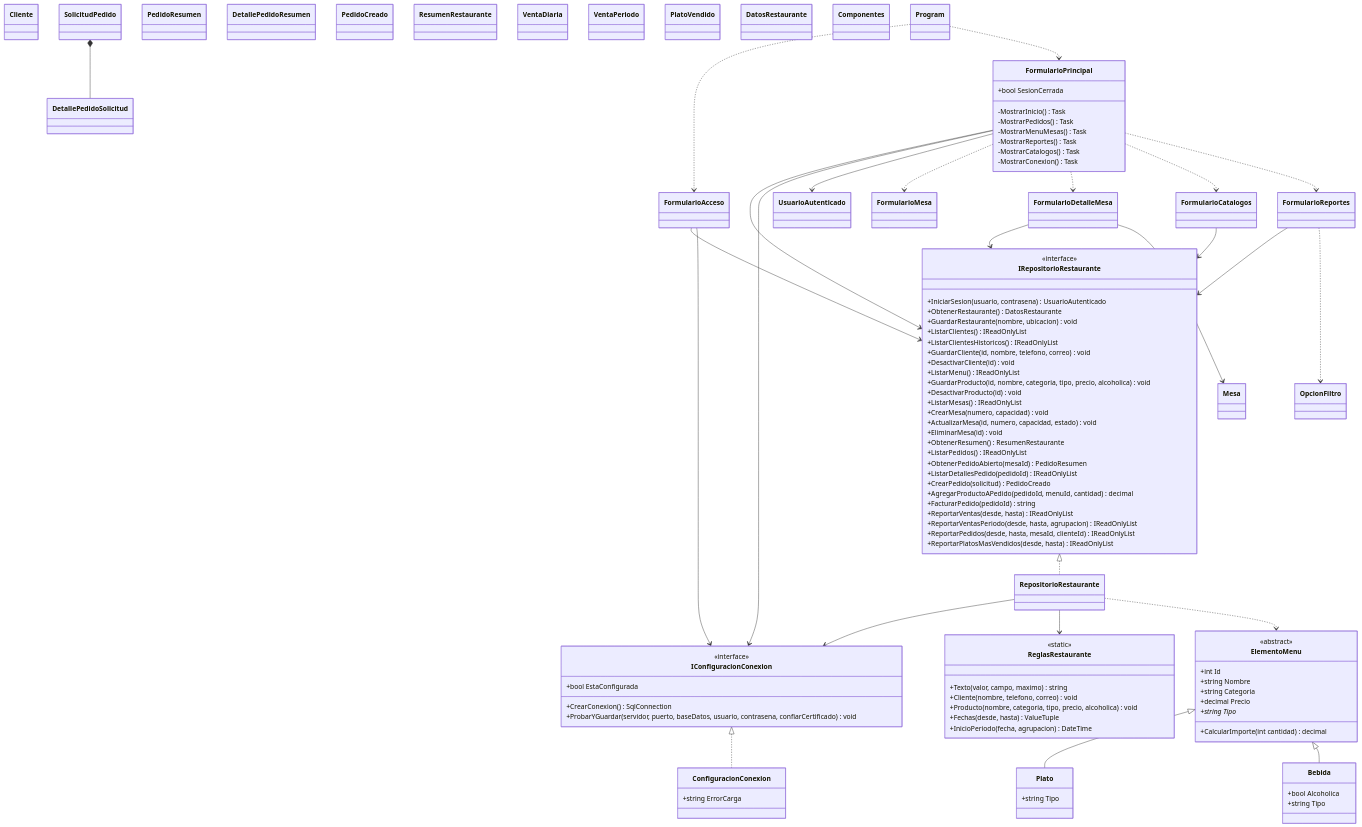
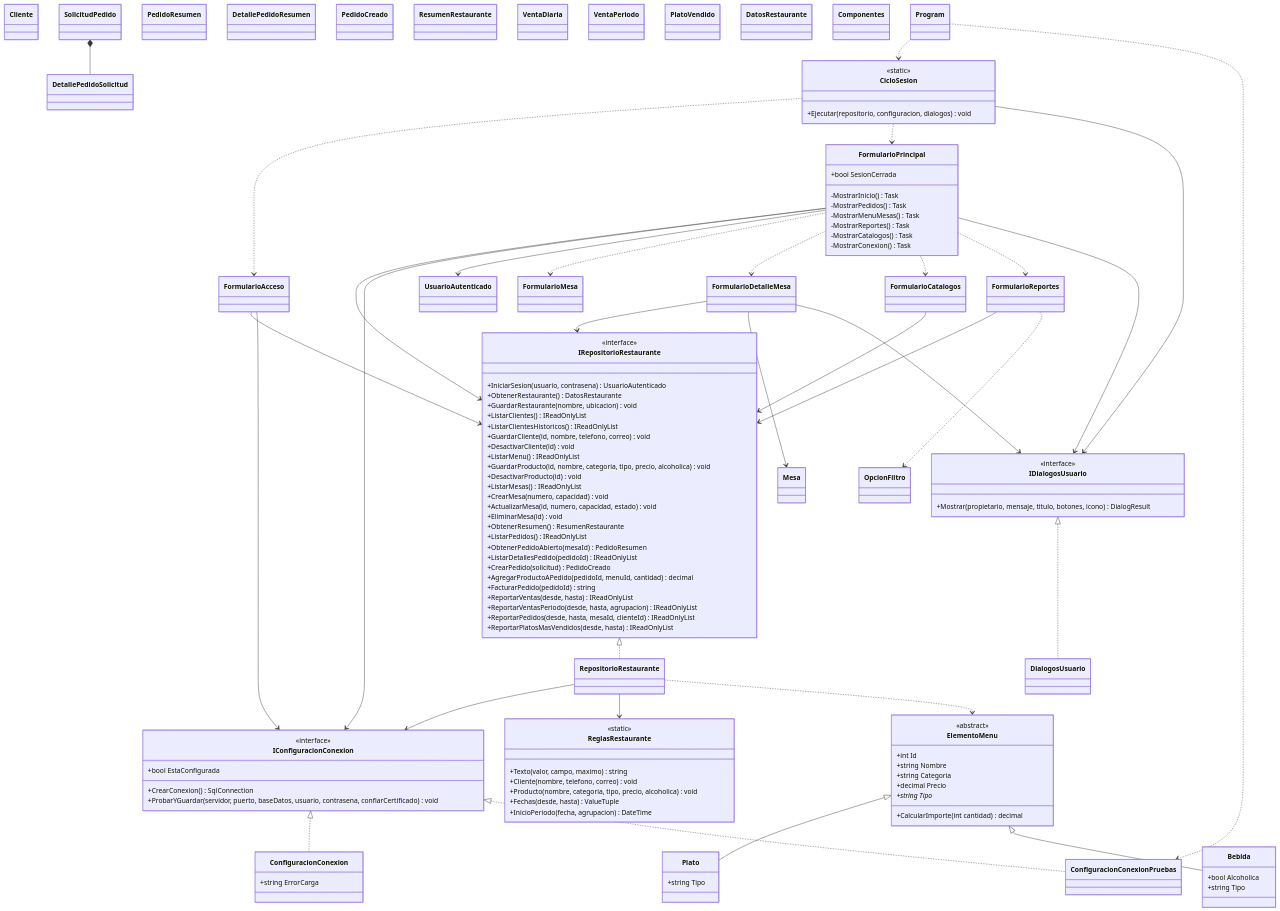
The diagram in restaurante2/Diagramas/DiagramaClases.mmd (ivanc-93/restaurante), drawn with Mermaid before and after one commit. The commit also changed 7 other files, not shown here.

```diff
--- a/restaurante2/Diagramas/DiagramaClases.mmd
+++ b/restaurante2/Diagramas/DiagramaClases.mmd
@@ -1,117 +1,135 @@
 classDiagram
     class ElementoMenu {
         <<abstract>>
         +int Id
         +string Nombre
         +string Categoria
         +decimal Precio
         +string Tipo*
         +CalcularImporte(int cantidad) decimal
     }
     class Plato {
         +string Tipo
     }
     class Bebida {
         +bool Alcoholica
         +string Tipo
     }
     class Mesa
     class Cliente
     class SolicitudPedido
     class DetallePedidoSolicitud
     class PedidoResumen
     class DetallePedidoResumen
     class PedidoCreado
     class ResumenRestaurante
     class VentaDiaria
     class VentaPeriodo
     class PlatoVendido
     class UsuarioAutenticado
     class DatosRestaurante
     class IRepositorioRestaurante {
         <<interface>>
         +IniciarSesion(usuario, contrasena) UsuarioAutenticado
         +ObtenerRestaurante() DatosRestaurante
         +GuardarRestaurante(nombre, ubicacion) void
         +ListarClientes() IReadOnlyList
         +ListarClientesHistoricos() IReadOnlyList
         +GuardarCliente(id, nombre, telefono, correo) void
         +DesactivarCliente(id) void
         +ListarMenu() IReadOnlyList
         +GuardarProducto(id, nombre, categoria, tipo, precio, alcoholica) void
         +DesactivarProducto(id) void
         +ListarMesas() IReadOnlyList
         +CrearMesa(numero, capacidad) void
         +ActualizarMesa(id, numero, capacidad, estado) void
         +EliminarMesa(id) void
         +ObtenerResumen() ResumenRestaurante
         +ListarPedidos() IReadOnlyList
         +ObtenerPedidoAbierto(mesaId) PedidoResumen
         +ListarDetallesPedido(pedidoId) IReadOnlyList
         +CrearPedido(solicitud) PedidoCreado
         +AgregarProductoAPedido(pedidoId, menuId, cantidad) decimal
         +FacturarPedido(pedidoId) string
         +ReportarVentas(desde, hasta) IReadOnlyList
         +ReportarVentasPeriodo(desde, hasta, agrupacion) IReadOnlyList
         +ReportarPedidos(desde, hasta, mesaId, clienteId) IReadOnlyList
         +ReportarPlatosMasVendidos(desde, hasta) IReadOnlyList
     }
     class RepositorioRestaurante
     class IConfiguracionConexion {
         <<interface>>
         +bool EstaConfigurada
         +CrearConexion() SqlConnection
         +ProbarYGuardar(servidor, puerto, baseDatos, usuario, contrasena, confiarCertificado) void
     }
     class ConfiguracionConexion {
         +string ErrorCarga
     }
     class ReglasRestaurante {
         <<static>>
         +Texto(valor, campo, maximo) string
         +Cliente(nombre, telefono, correo) void
         +Producto(nombre, categoria, tipo, precio, alcoholica) void
         +Fechas(desde, hasta) ValueTuple
         +InicioPeriodo(fecha, agrupacion) DateTime
     }
     class FormularioAcceso
     class FormularioPrincipal {
         +bool SesionCerrada
         -MostrarInicio() Task
         -MostrarPedidos() Task
         -MostrarMenuMesas() Task
         -MostrarReportes() Task
         -MostrarCatalogos() Task
         -MostrarConexion() Task
     }
     class FormularioMesa
     class FormularioDetalleMesa
     class FormularioCatalogos
     class FormularioReportes
     class OpcionFiltro
     class Componentes
+    class IDialogosUsuario {
+        <<interface>>
+        +Mostrar(propietario, mensaje, titulo, botones, icono) DialogResult
+    }
+    class DialogosUsuario
+    class CicloSesion {
+        <<static>>
+        +Ejecutar(repositorio, configuracion, dialogos) void
+    }
+    class ConfiguracionConexionPruebas
     class Program
     ElementoMenu <|-- Plato
     ElementoMenu <|-- Bebida
     IRepositorioRestaurante <|.. RepositorioRestaurante
     IConfiguracionConexion <|.. ConfiguracionConexion
     RepositorioRestaurante --> IConfiguracionConexion
     RepositorioRestaurante --> ReglasRestaurante
     RepositorioRestaurante ..> ElementoMenu
     SolicitudPedido *-- DetallePedidoSolicitud
     FormularioAcceso --> IRepositorioRestaurante
     FormularioAcceso --> IConfiguracionConexion
     FormularioPrincipal --> IRepositorioRestaurante
     FormularioPrincipal --> IConfiguracionConexion
     FormularioPrincipal --> UsuarioAutenticado
     FormularioPrincipal ..> FormularioMesa
     FormularioPrincipal ..> FormularioDetalleMesa
     FormularioPrincipal ..> FormularioCatalogos
     FormularioPrincipal ..> FormularioReportes
     FormularioDetalleMesa --> IRepositorioRestaurante
     FormularioDetalleMesa --> Mesa
     FormularioCatalogos --> IRepositorioRestaurante
     FormularioReportes --> IRepositorioRestaurante
     FormularioReportes ..> OpcionFiltro
-    Program ..> FormularioAcceso
-    Program ..> FormularioPrincipal
+    Program ..> CicloSesion
+    Program ..> ConfiguracionConexionPruebas
+
+    IDialogosUsuario <|.. DialogosUsuario
+    IConfiguracionConexion <|.. ConfiguracionConexionPruebas
+    CicloSesion ..> FormularioAcceso
+    CicloSesion ..> FormularioPrincipal
+    CicloSesion --> IDialogosUsuario
+    FormularioPrincipal --> IDialogosUsuario
+    FormularioDetalleMesa --> IDialogosUsuario
```
